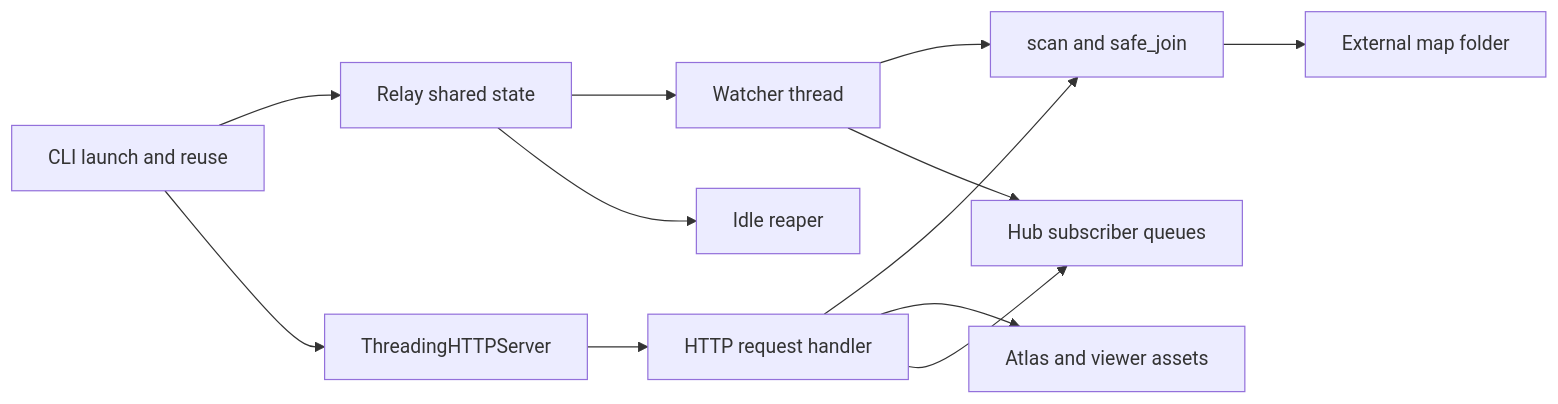
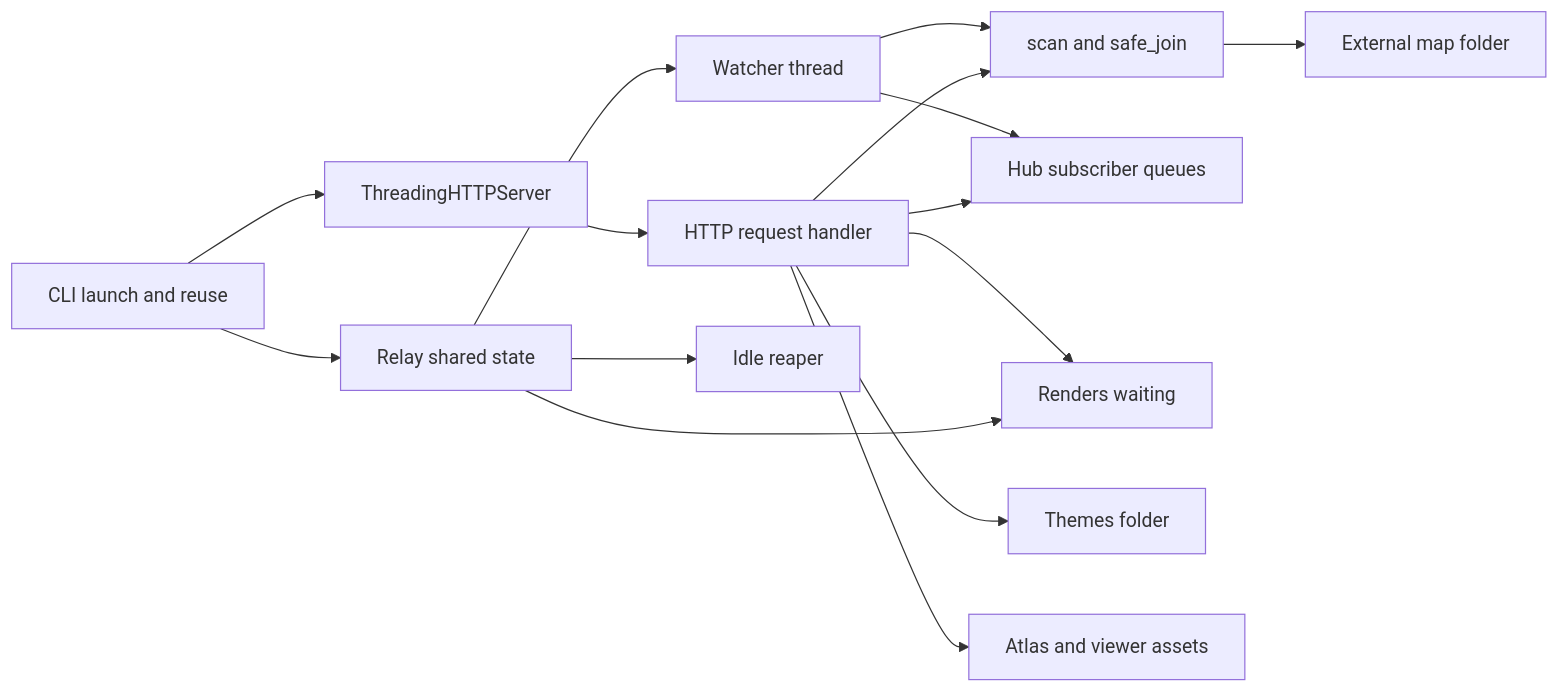
One commit to nvsravank/avagahana changed the ninth of 17 diagrams in examples/maps/avagahana-architecture.md. Above: the diagram before and after it, drawn with Mermaid. The commit also changed other lines of this file and 48 other files, not shown here.

Commit message:
WO-32: render through the page, layout report, labelled SVG, picture state, themes folder, themes.py, deployment crash fix, real-time browser tests

````diff
--- a/examples/maps/avagahana-architecture.md
+++ b/examples/maps/avagahana-architecture.md
@@ -489,24 +507,29 @@
 ```mermaid
 flowchart LR
   cli["CLI launch and reuse"]
   relayObj["Relay shared state"]
   http["ThreadingHTTPServer"]
   handler["HTTP request handler"]
   scan["scan and safe_join"]
   hub["Hub subscriber queues"]
   watch["Watcher thread"]
   reap["Idle reaper"]
+  renders["Renders waiting"]
+  themesDir["Themes folder"]
   disk["External map folder"]
   static["Atlas and viewer assets"]
   cli --> relayObj
   cli --> http
   http --> handler
   handler --> scan
   scan --> disk
   handler --> static
   handler --> hub
   watch --> scan
   watch --> hub
   relayObj --> watch
   relayObj --> reap
+  relayObj --> renders
+  handler --> renders
+  handler --> themesDir
 ```
````
